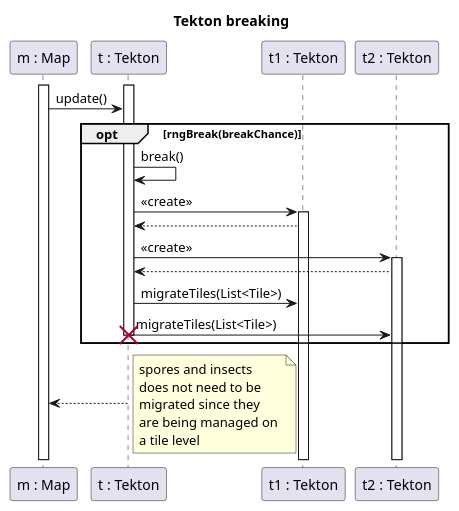
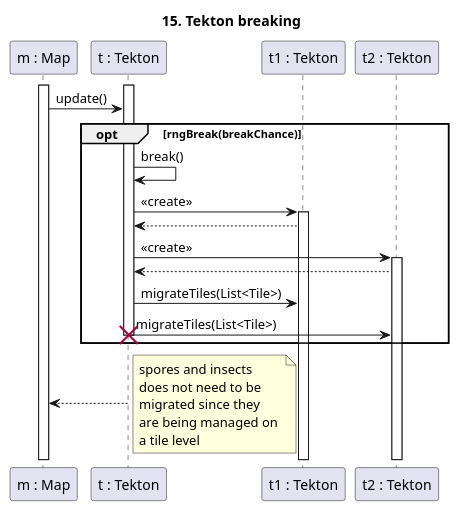
Before and after one commit to Harcipan/Projlab_nullpointerexception: the diagram in diagrams/diagramFiles/SQ_TektonBreak.puml, drawn with PlantUML. The commit also changed 19 other files, not shown here.

Commit message:
numbered sq diagrams

```diff
--- a/diagrams/diagramFiles/SQ_TektonBreak.puml
+++ b/diagrams/diagramFiles/SQ_TektonBreak.puml
@@ -1,38 +1,38 @@
 @startuml TektonBreak
-title Tekton breaking
+title 15. Tekton breaking
 
 participant "m : Map" as M
 participant "t : Tekton" as T
 participant "t1 : Tekton" as T1
 participant "t2 : Tekton" as T2
 
 activate T
 activate M
 
 M->T : update()
 opt rngBreak(breakChance)
 T->T : break()
 T->T1 : <<create>>
 activate T1
 T1-->T
 
 T->T2 : <<create>>
 activate T2
 T2-->T
 
 T->T1 : migrateTiles(List<Tile>)
 T->T2 : migrateTiles(List<Tile>)
 
 destroy T
 end
 T-->M
 
 note right
 spores and insects 
 does not need to be 
 migrated since they 
 are being managed on 
 a tile level
 end note
 
 @enduml
```
